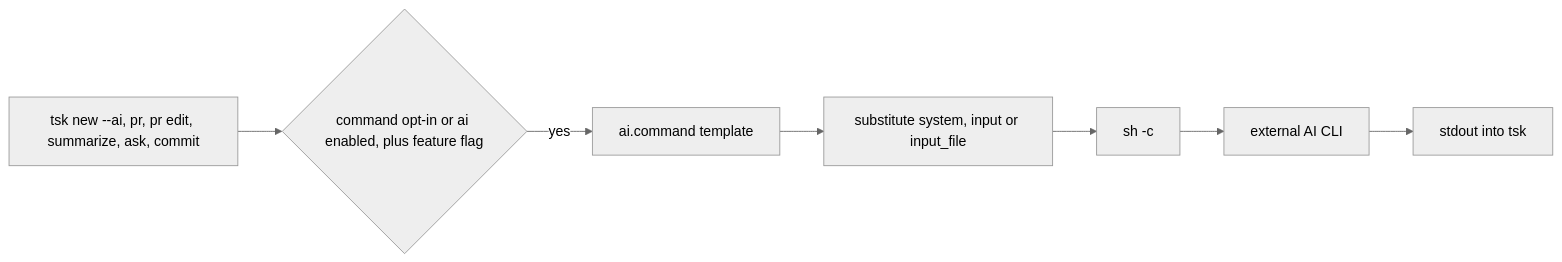
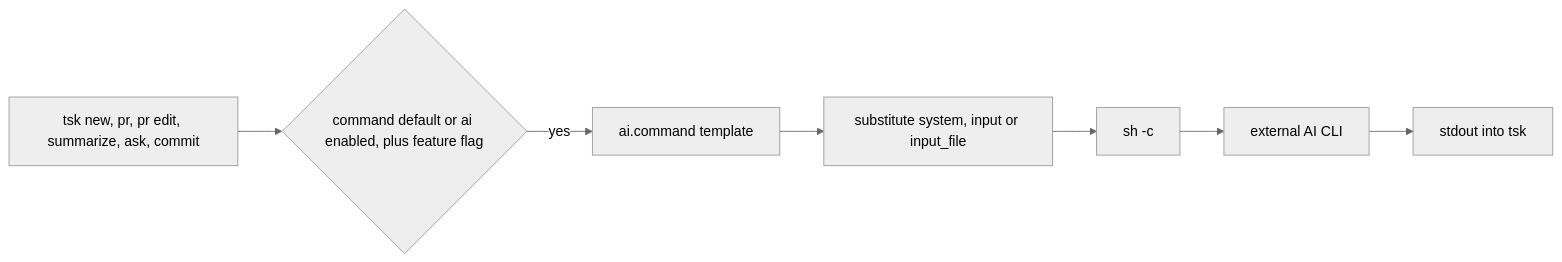
The fourth of 5 diagrams in README.md (gubasso/riptask), drawn with Mermaid (neutral theme) before and after one commit. The commit also changed other lines of this file and 5 other files, not shown here.

````diff
--- a/README.md
+++ b/README.md
@@ -89,9 +90,9 @@
 ```mermaid
 flowchart LR
-    Cmd[tsk new --ai, pr, pr edit, summarize, ask, commit] --> Gate{command opt-in or ai enabled, plus feature flag}
+    Cmd[tsk new, pr, pr edit, summarize, ask, commit] --> Gate{command default or ai enabled, plus feature flag}
     Gate -->|yes| Tmpl[ai.command template]
     Tmpl --> Subst[substitute system, input or input_file]
     Subst --> Shell[sh -c]
     Shell --> External[external AI CLI]
     External --> Stdout[stdout into tsk]
 ```
````
